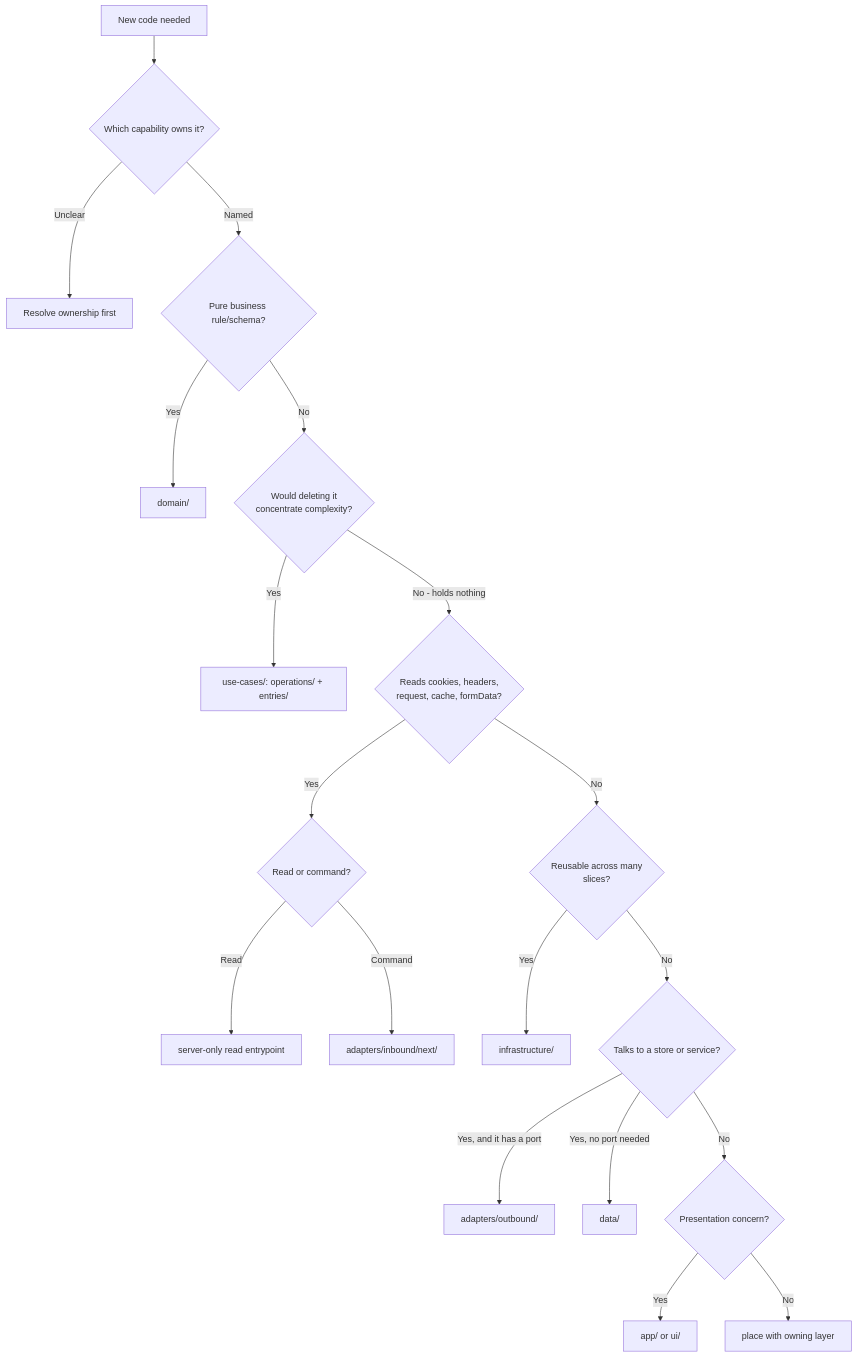
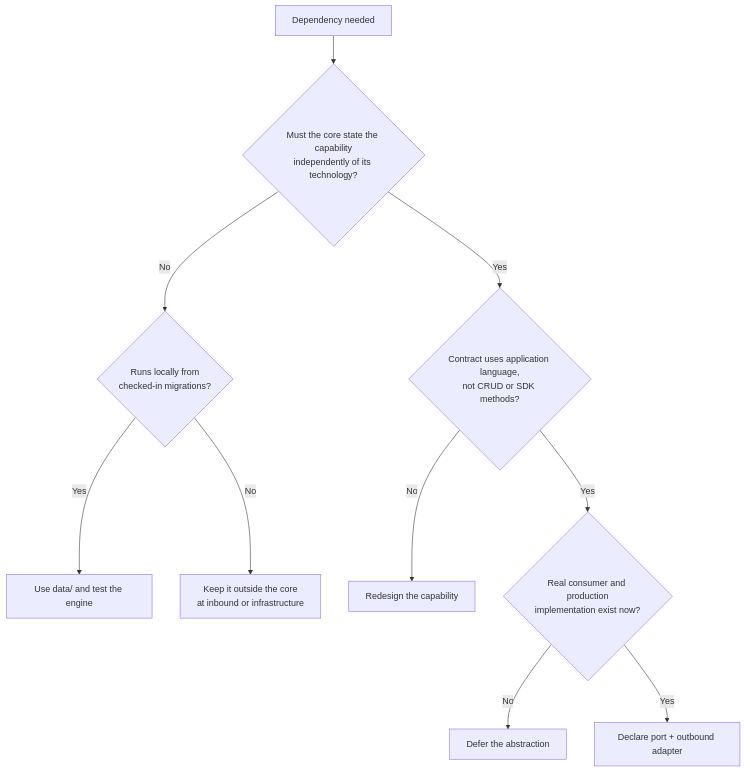
One commit to clicktronix/nextjs-clean-skills changed the third of 5 diagrams in docs/agent-decision-maps.md. Above: the diagram before and after it, drawn with Mermaid. The commit also changed other lines of this file and 10 other files, not shown here.

````diff
--- a/docs/agent-decision-maps.md
+++ b/docs/agent-decision-maps.md
@@ -52,21 +49,12 @@
 ```mermaid
-flowchart TD
-  Need["New code needed"] --> Owner{"Which capability owns it?"}
-  Owner -->|Unclear| Stop["Resolve ownership first"]
-  Owner -->|Named| Pure{"Pure business rule/schema?"}
-  Pure -->|Yes| Domain["domain/"]
-  Pure -->|No| Holds{"Would deleting it\nconcentrate complexity?"}
-  Holds -->|Yes| UseCase["use-cases/: operations/ + entries/"]
-  Holds -->|"No - holds nothing"| Framework{"Reads cookies, headers,\nrequest, cache, formData?"}
-  Framework -->|Yes| InboundOrRead{"Read or command?"}
-  InboundOrRead -->|Read| ReadEntry["server-only read entrypoint"]
-  InboundOrRead -->|Command| Inbound["adapters/inbound/next/"]
-  Framework -->|No| Reusable{"Reusable across many\nslices?"}
-  Reusable -->|Yes| Infra["infrastructure/"]
-  Reusable -->|No| Persistence{"Talks to a store or service?"}
-  Persistence -->|"Yes, and it has a port"| Outbound["adapters/outbound/"]
-  Persistence -->|"Yes, no port needed"| Data["data/"]
-  Persistence -->|No| Presentation{"Presentation concern?"}
-  Presentation -->|Yes| UI["app/ or ui/"]
-  Presentation -->|No| Place["place with owning layer"]
+flowchart TB
+  Dependency["Dependency needed"] --> Independent{"Must the core state the capability\nindependently of its technology?"}
+  Independent -->|No| Local{"Runs locally from\nchecked-in migrations?"}
+  Local -->|Yes| Data["Use data/ and test the engine"]
+  Local -->|No| Boundary["Keep it outside the core\nat inbound or infrastructure"]
+  Independent -->|Yes| Language{"Contract uses application language,\nnot CRUD or SDK methods?"}
+  Language -->|No| Redesign["Redesign the capability"]
+  Language -->|Yes| Real{"Real consumer and production\nimplementation exist now?"}
+  Real -->|No| Defer["Defer the abstraction"]
+  Real -->|Yes| Port["Declare port + outbound adapter"]
 ```
````
